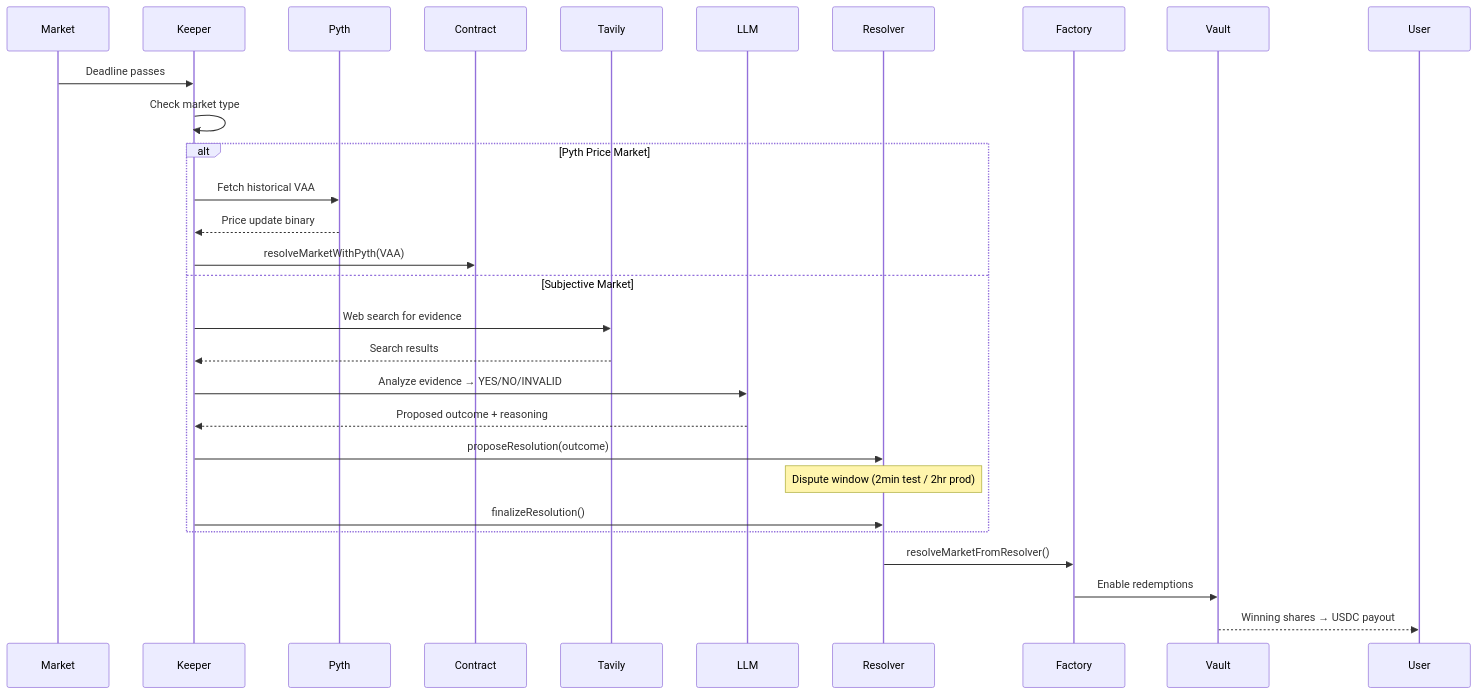
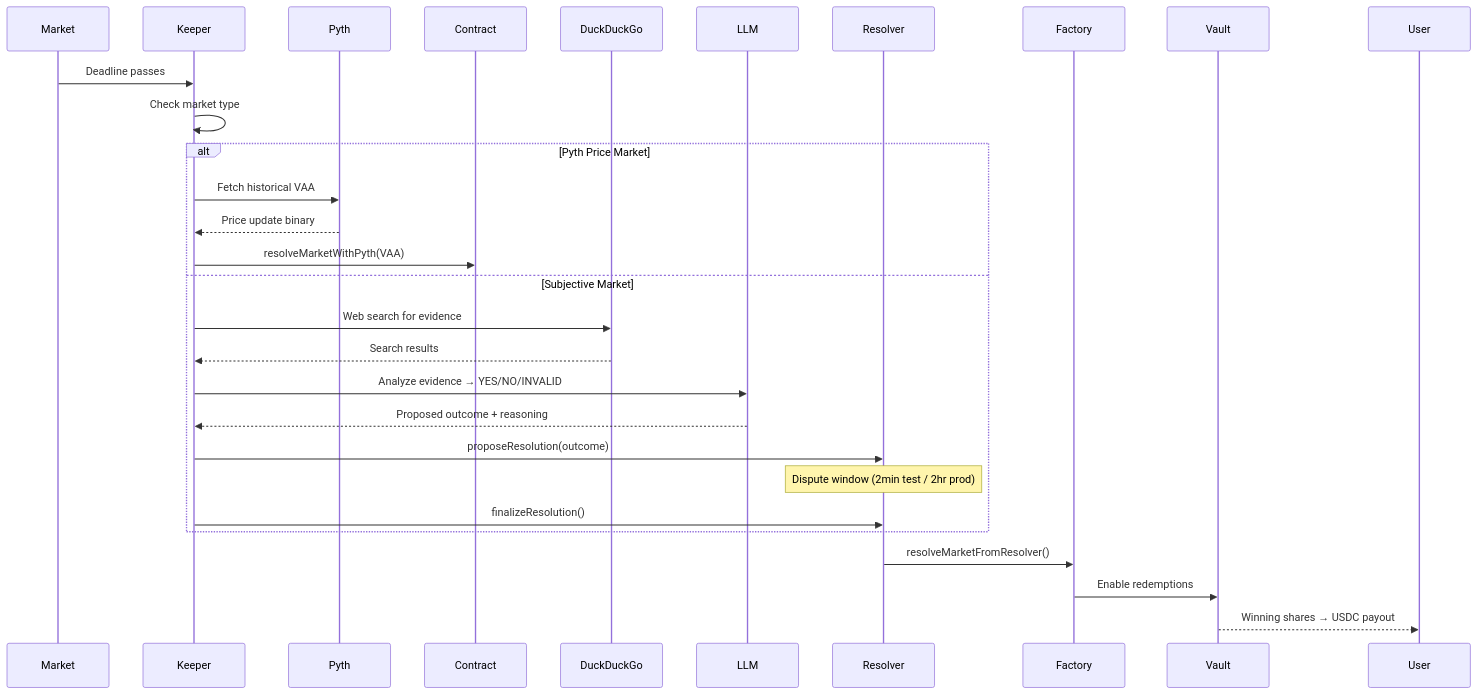
The diagram in README.md (JWattjr/Verity), drawn with Mermaid before and after one commit. The commit also changed other lines of this file and 15 other files, not shown here.

````diff
--- a/README.md
+++ b/README.md
@@ -57,21 +57,21 @@
 ```mermaid
 sequenceDiagram
     Market->>Keeper: Deadline passes
     Keeper->>Keeper: Check market type
     alt Pyth Price Market
         Keeper->>Pyth: Fetch historical VAA
         Pyth-->>Keeper: Price update binary
         Keeper->>Contract: resolveMarketWithPyth(VAA)
     else Subjective Market
-        Keeper->>Tavily: Web search for evidence
-        Tavily-->>Keeper: Search results
+        Keeper->>DuckDuckGo: Web search for evidence
+        DuckDuckGo-->>Keeper: Search results
         Keeper->>LLM: Analyze evidence → YES/NO/INVALID
         LLM-->>Keeper: Proposed outcome + reasoning
         Keeper->>Resolver: proposeResolution(outcome)
         Note over Resolver: Dispute window (2min test / 2hr prod)
         Keeper->>Resolver: finalizeResolution()
     end
     Resolver->>Factory: resolveMarketFromResolver()
     Factory->>Vault: Enable redemptions
     Vault-->>User: Winning shares → USDC payout
 ```
````
